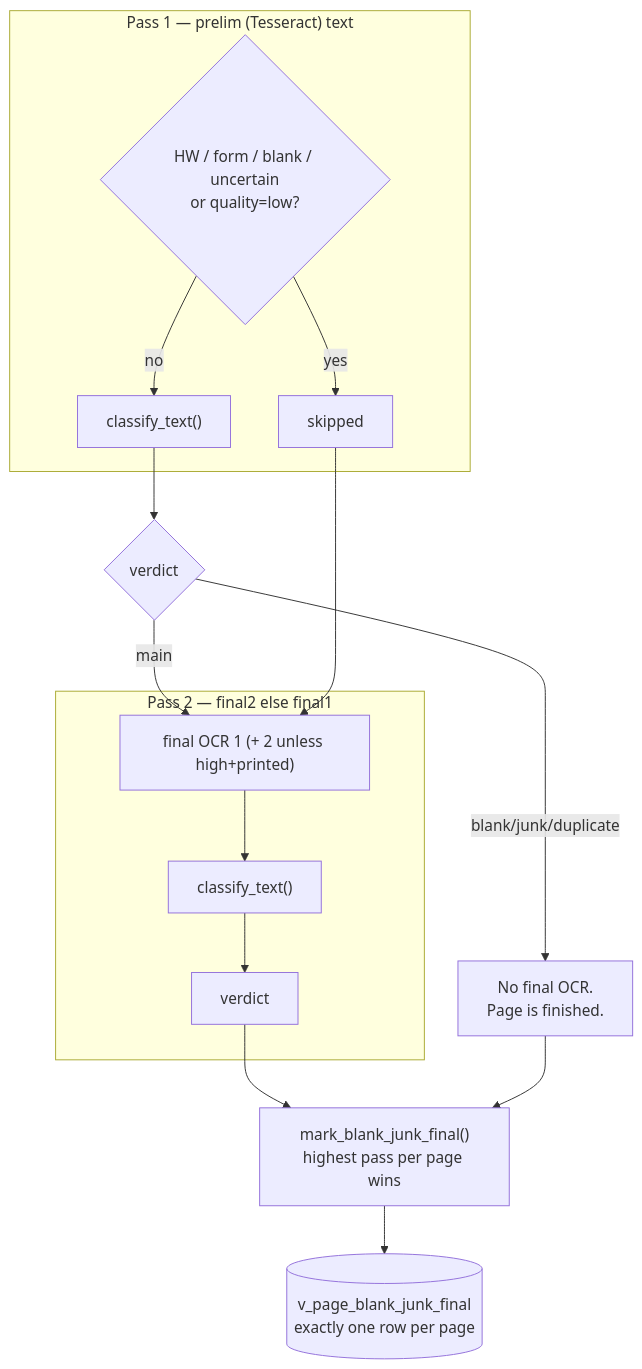
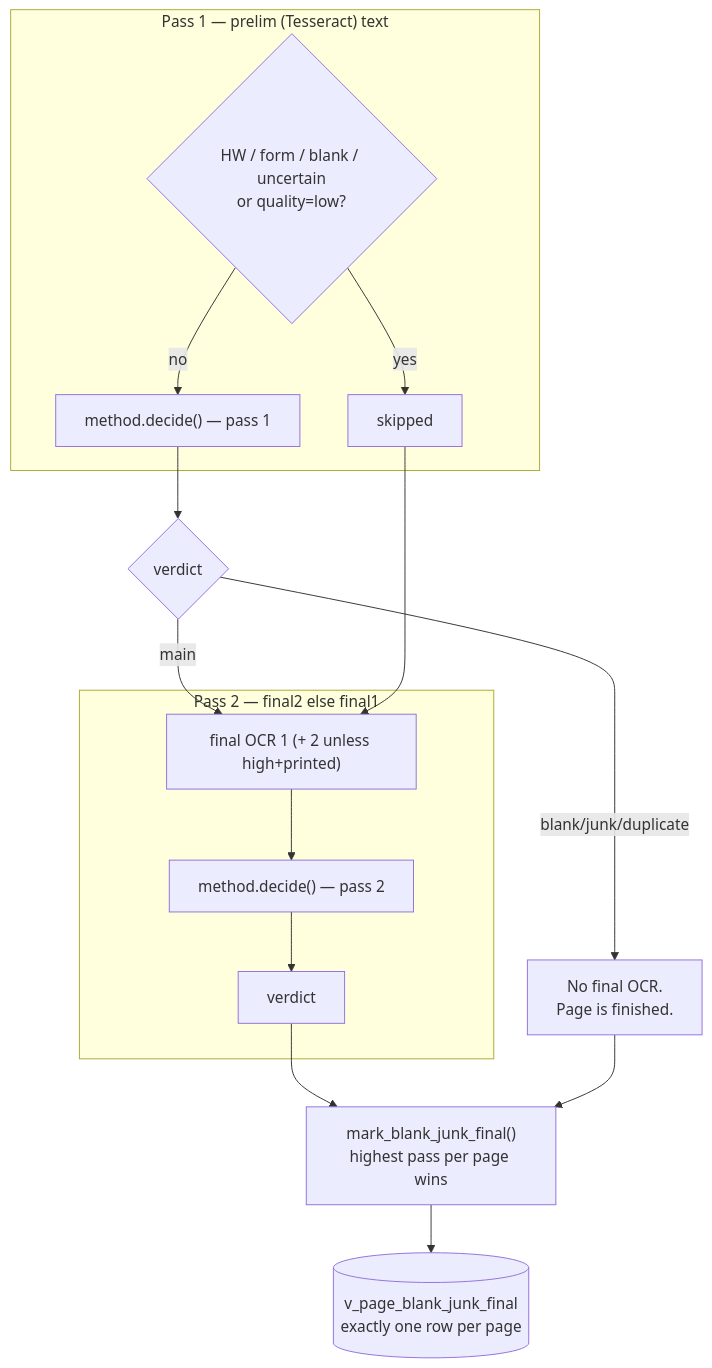
The third of 6 diagrams in docs/LOGIC.md (abhinavdg-ever/model-repo), drawn with Mermaid before and after one commit. The commit also changed other lines of this file and 15 other files, not shown here.

First line of the commit message:
Blank/junk: decide with the new method — rules R1-R8, then a three-voter vote.

````diff
--- a/docs/LOGIC.md
+++ b/docs/LOGIC.md
@@ -219,21 +219,21 @@
 ```mermaid
 flowchart TD
   subgraph P1["Pass 1 — prelim (Tesseract) text"]
     A{"HW / form / blank / uncertain<br/>or quality=low?"} -- yes --> SKIP["skipped"]
-    A -- no --> CLS1["classify_text()"]
+    A -- no --> CLS1["method.decide() — pass 1"]
   end
 
   CLS1 --> OUT1{"verdict"}
   OUT1 -- "blank/junk/duplicate" --> DROP["No final OCR.<br/>Page is finished."]
   OUT1 -- "main" --> F["final OCR 1 (+ 2 unless high+printed)"]
   SKIP --> F
 
   subgraph P2["Pass 2 — final2 else final1"]
-    F --> CLS2["classify_text()"]
+    F --> CLS2["method.decide() — pass 2"]
     CLS2 --> OUT2["verdict"]
   end
 
   OUT2 --> FINAL["mark_blank_junk_final()<br/>highest pass per page wins"]
   DROP --> FINAL
   FINAL --> V[("v_page_blank_junk_final<br/>exactly one row per page")]
 ```
````
